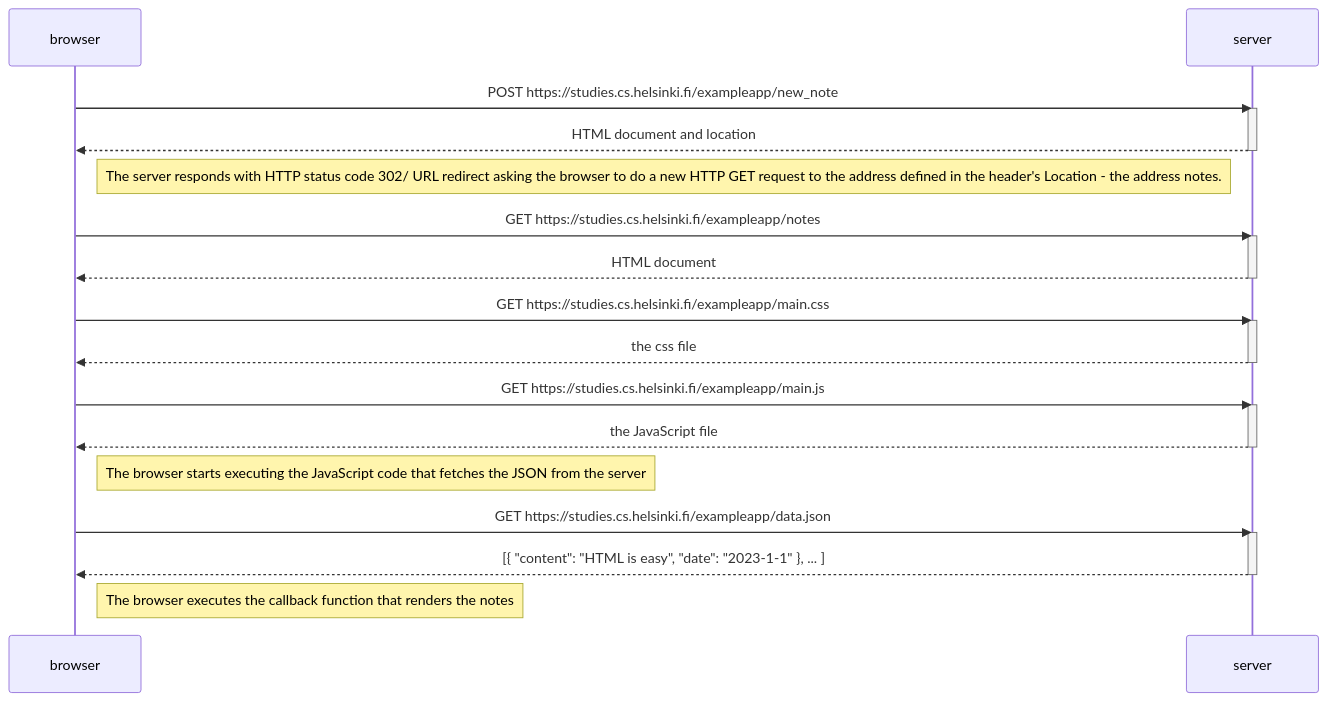
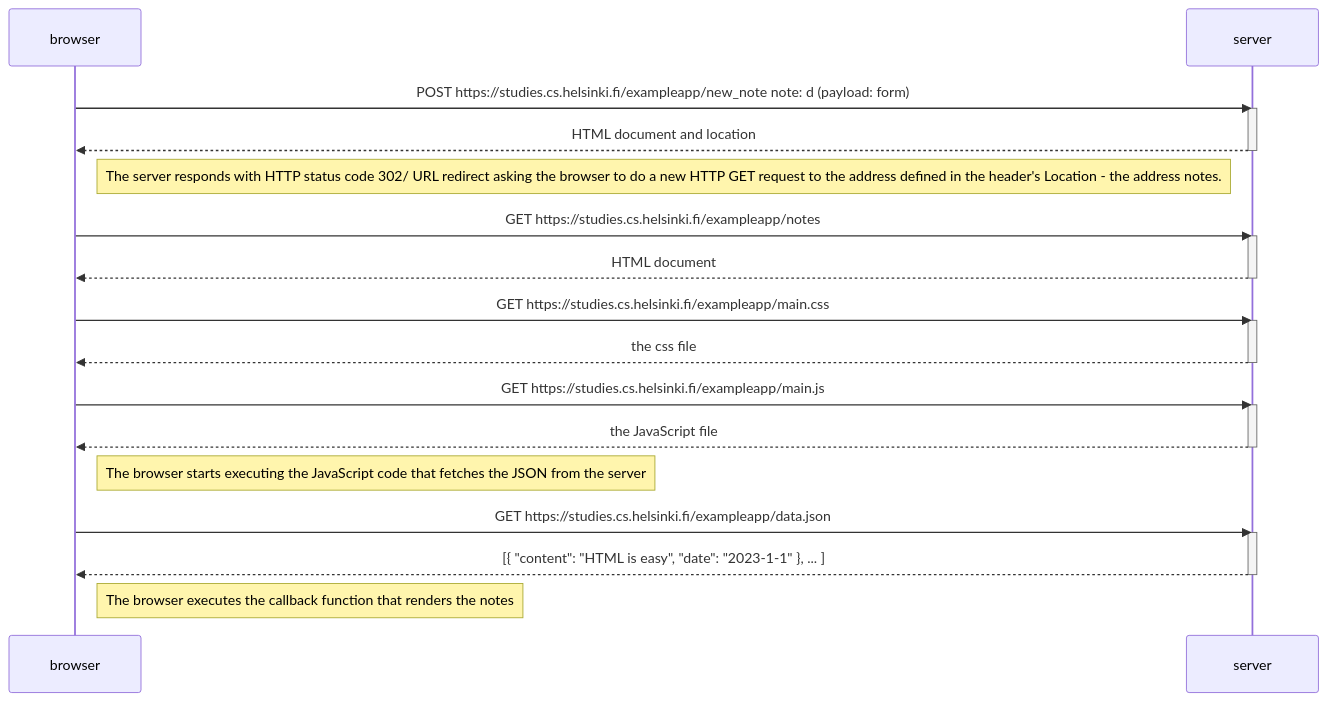
The diagram in 0/0.4.md (exchoco/fullstackopen), drawn with Mermaid before and after one commit. The commit also changed 1 other file, not shown here.

Commit message:
modified 0.4 and added 0.6

````diff
--- a/0/0.4.md
+++ b/0/0.4.md
@@ -4,37 +4,37 @@
 ```mermaid
 sequenceDiagram
     participant browser
     participant server
 
-    browser->>server: POST https://studies.cs.helsinki.fi/exampleapp/new_note
+    browser->>server: POST https://studies.cs.helsinki.fi/exampleapp/new_note note: d (payload: form)
     activate server
     server-->>browser: HTML document and location
     deactivate server
 
     Note right of browser: The server responds with HTTP status code 302/ URL redirect asking the browser to do a new HTTP GET request to the address defined in the header's Location - the address notes.
 
     browser->>server: GET https://studies.cs.helsinki.fi/exampleapp/notes
     activate server
     server-->>browser: HTML document
     deactivate server
 
     browser->>server: GET https://studies.cs.helsinki.fi/exampleapp/main.css
     activate server
     server-->>browser: the css file
     deactivate server
 
     browser->>server: GET https://studies.cs.helsinki.fi/exampleapp/main.js
     activate server
     server-->>browser: the JavaScript file
     deactivate server
 
     Note right of browser: The browser starts executing the JavaScript code that fetches the JSON from the server
 
     browser->>server: GET https://studies.cs.helsinki.fi/exampleapp/data.json
     activate server
     server-->>browser: [{ "content": "HTML is easy", "date": "2023-1-1" }, ... ]
     deactivate server
 
     Note right of browser: The browser executes the callback function that renders the notes
 
 ```
````
